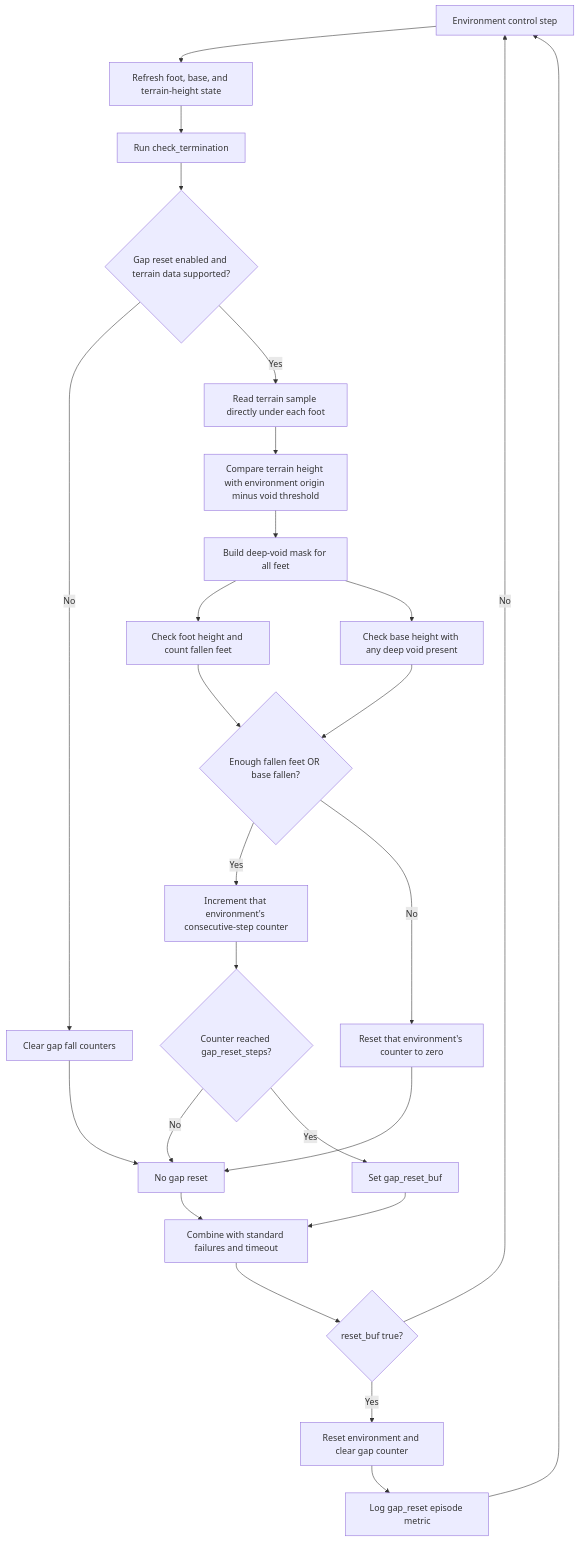
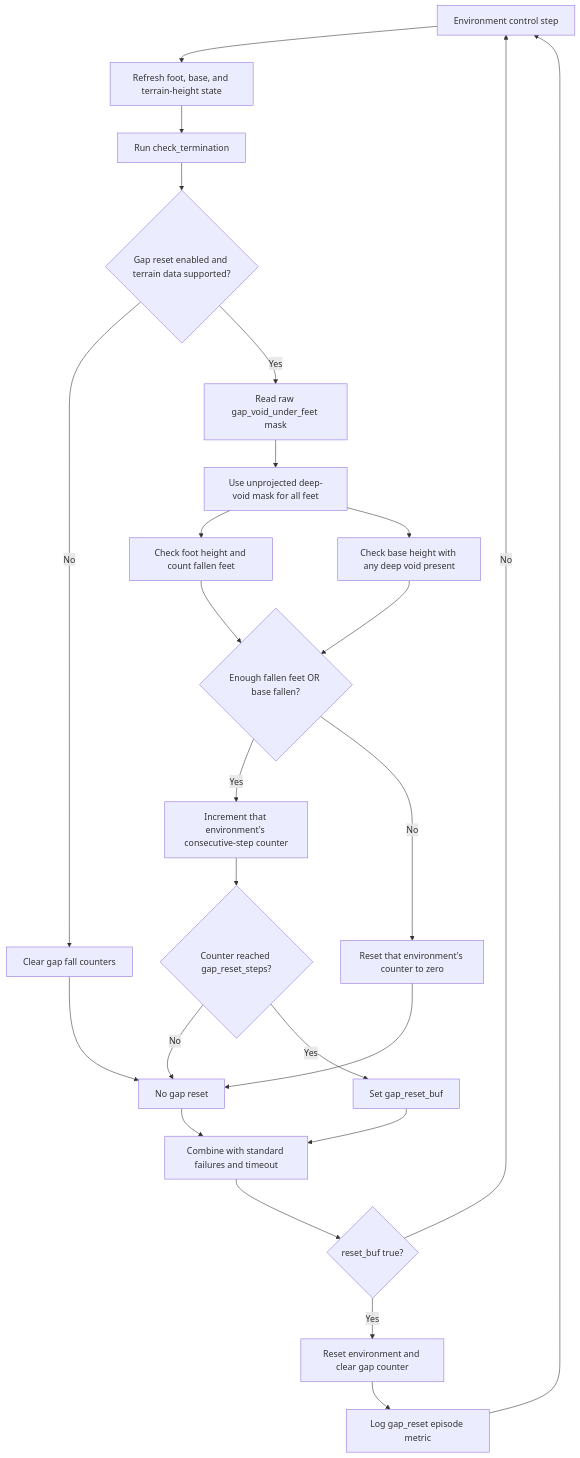
Before and after one commit to oscar-youngquist/HCR_Genesis_PACT_Development: the diagram in GAP_RESET_CONFIG_REFERENCE.md, drawn with Mermaid. The commit also changed other lines of this file and 7 other files, not shown here.

Commit message:
added projecting height and normal vector under-feet vectors forwards with robot motion to the next valid edge across a gap. Currently uses these new values everywhere foot-height is used. Might need to be updated a bit

````diff
--- a/GAP_RESET_CONFIG_REFERENCE.md
+++ b/GAP_RESET_CONFIG_REFERENCE.md
@@ -172,28 +178,27 @@
 ```mermaid
 flowchart TD
     A[Environment control step] --> B[Refresh foot, base, and terrain-height state]
     B --> C[Run check_termination]
     C --> D{Gap reset enabled and terrain data supported?}
     D -- No --> E[Clear gap fall counters]
-    D -- Yes --> F[Read terrain sample directly under each foot]
-    F --> G[Compare terrain height with environment origin minus void threshold]
-    G --> H[Build deep-void mask for all feet]
+    D -- Yes --> F[Read raw gap_void_under_feet mask]
+    F --> H[Use unprojected deep-void mask for all feet]
     H --> I[Check foot height and count fallen feet]
     H --> J[Check base height with any deep void present]
     I --> K{Enough fallen feet OR base fallen?}
     J --> K
     K -- Yes --> L[Increment that environment's consecutive-step counter]
     K -- No --> M[Reset that environment's counter to zero]
     L --> N{Counter reached gap_reset_steps?}
     M --> O[No gap reset]
     N -- No --> O
     N -- Yes --> P[Set gap_reset_buf]
     E --> O
     O --> Q[Combine with standard failures and timeout]
     P --> Q
     Q --> R{reset_buf true?}
     R -- No --> A
     R -- Yes --> S[Reset environment and clear gap counter]
     S --> T[Log gap_reset episode metric]
     T --> A
 ```
````
